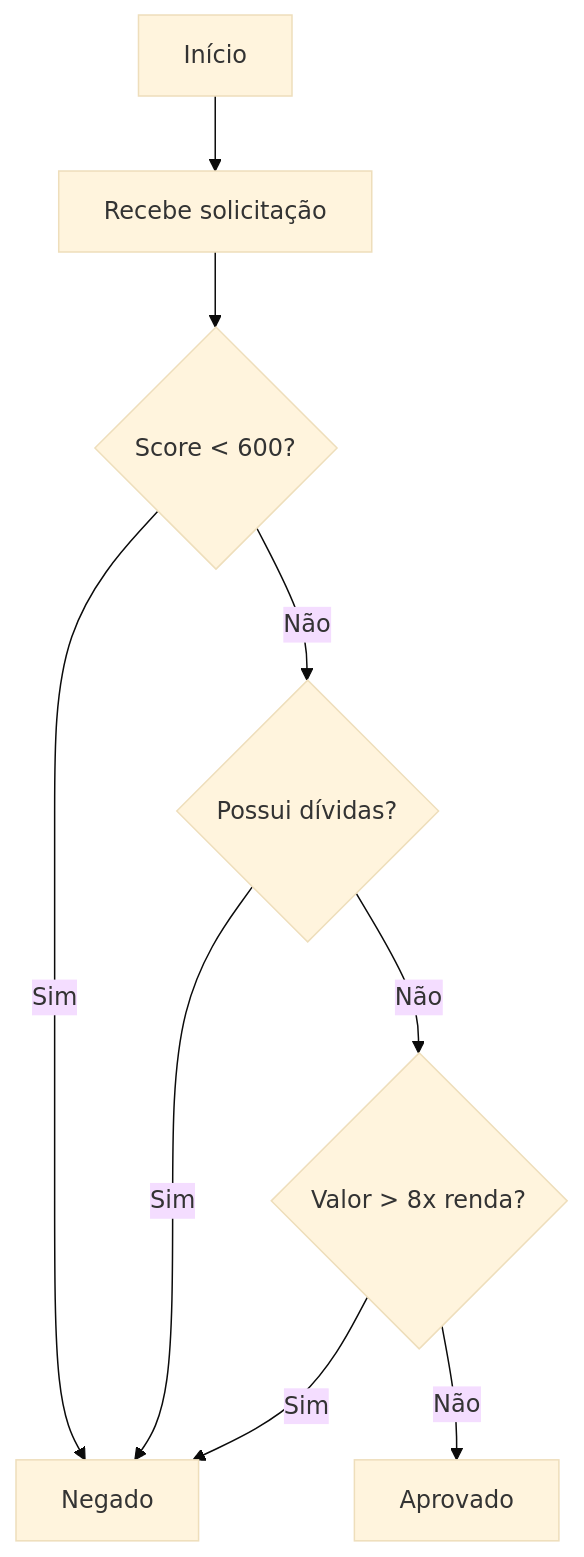
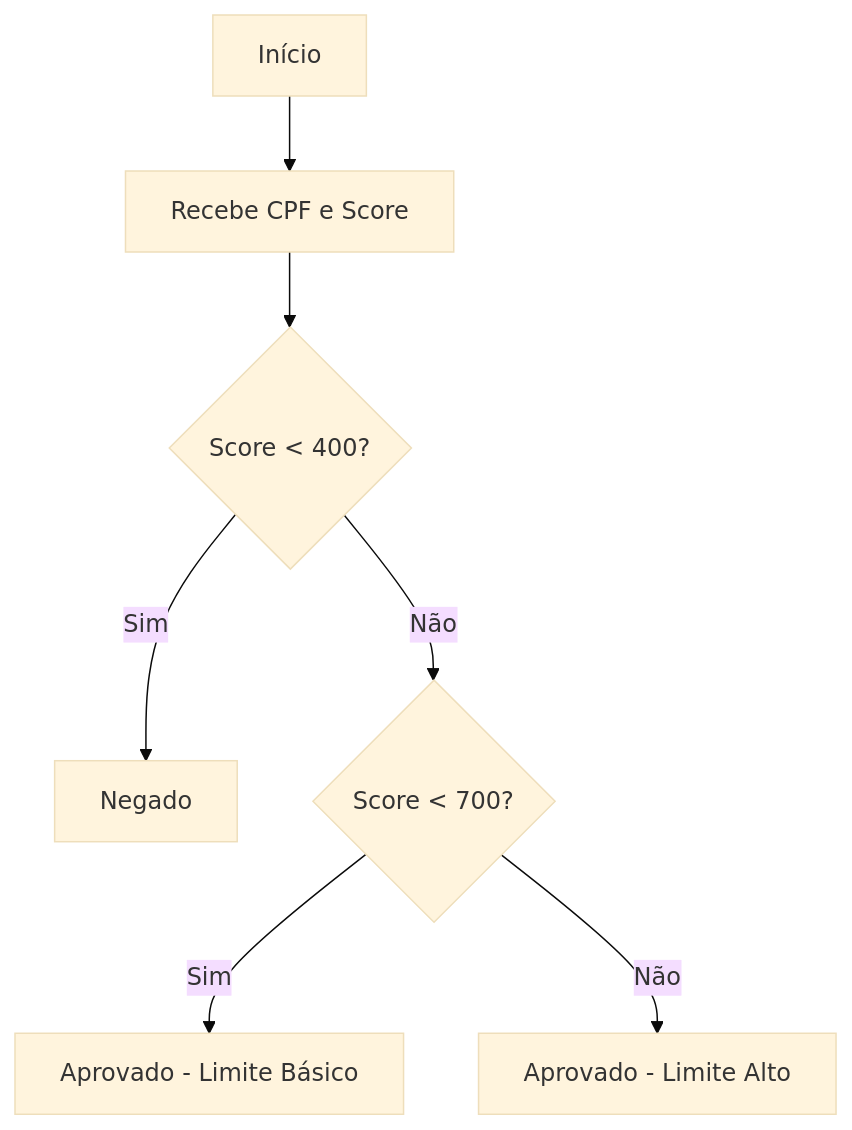
Before and after one commit to NatanSilva31/credit-decision: the diagram in README.md, drawn with Mermaid (base theme). The commit also changed other lines of this file, not shown here.

Commit message:
Atualização Readme 1.1

````diff
--- a/README.md
+++ b/README.md
@@ -36,12 +36,9 @@
 ```mermaid
 flowchart TD
-    A[Início] --> B[Recebe solicitação]
-    B --> C{Score < 600?}
-    C -->|Sim| F[Negado]
-    C -->|Não| D{Possui dívidas?}
-    D -->|Sim| F[Negado]
-    D -->|Não| E{Valor > 8x renda?}
-    E -->|Sim| F[Negado]
-    E -->|Não| G[Aprovado]
-
+    A[Início] --> B[Recebe CPF e Score]
+    B --> C{Score < 400?}
+    C -->|Sim| D[Negado]
+    C -->|Não| E{Score < 700?}
+    E -->|Sim| F[Aprovado - Limite Básico]
+    E -->|Não| G[Aprovado - Limite Alto]
 ```
````
